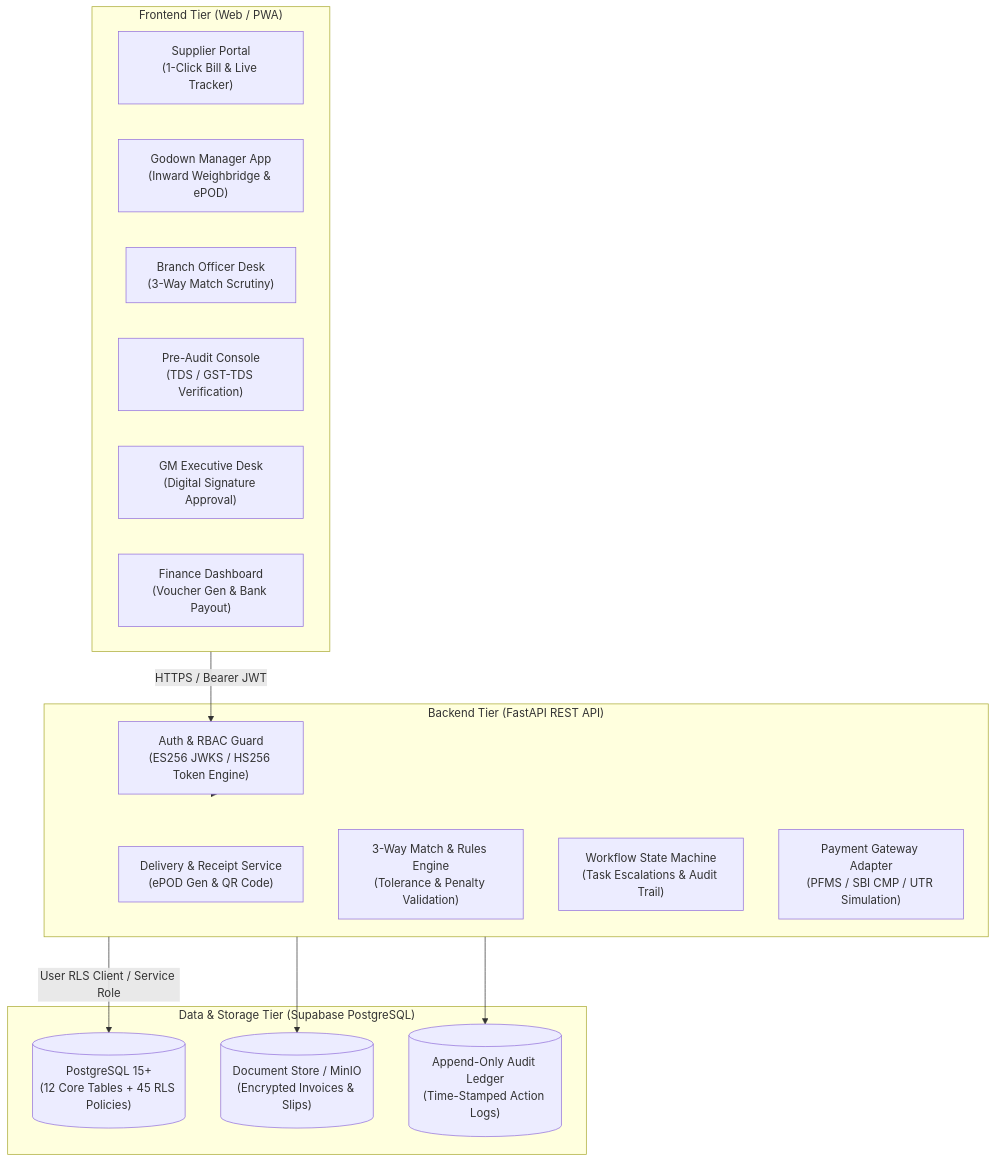
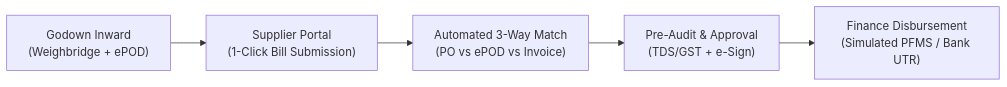
The diagram in README.md (cdivy3154-gif/automated-supplier-and-billing-processing), drawn with Mermaid before and after one commit. The commit also changed other lines of this file, not shown here.

Commit message:
docs: streamline README to focus strictly on project architecture, database, and setup

````diff
--- a/README.md
+++ b/README.md
@@ -43,31 +31,7 @@
 ```mermaid
-flowchart TD
-    subgraph Clients["Frontend Tier (Web / PWA)"]
-        UI_SUP["Supplier Portal\n(1-Click Bill & Live Tracker)"]
-        UI_GDN["Godown Manager App\n(Inward Weighbridge & ePOD)"]
-        UI_BRN["Branch Officer Desk\n(3-Way Match Scrutiny)"]
-        UI_AUD["Pre-Audit Console\n(TDS / GST-TDS Verification)"]
-        UI_GM["GM Executive Desk\n(Digital Signature Approval)"]
-        UI_FIN["Finance Dashboard\n(Voucher Gen & Bank Payout)"]
-    end
-
-    subgraph API["Backend Tier (FastAPI REST API)"]
-        AUTH_SVC["Auth & RBAC Guard\n(ES256 JWKS / HS256 Token Engine)"]
-        EPOD_SVC["Delivery & Receipt Service\n(ePOD Gen & QR Code)"]
-        MATCH_SVC["3-Way Match & Rules Engine\n(Tolerance & Penalty Validation)"]
-        WORKFLOW_SVC["Workflow State Machine\n(Task Escalations & Audit Trail)"]
-        PAY_SVC["Payment Gateway Adapter\n(PFMS / SBI CMP / UTR Simulation)"]
-    end
-
-    subgraph Storage["Data & Storage Tier (Supabase PostgreSQL)"]
-        DB_POSTGRES[("PostgreSQL 15+\n(12 Core Tables + 45 RLS Policies)")]
-        DOC_STORE[("Document Store / MinIO\n(Encrypted Invoices & Slips)")]
-        AUDIT_CHAIN[("Append-Only Audit Ledger\n(Time-Stamped Action Logs)")]
-    end
-
-    Clients -->|HTTPS / Bearer JWT| AUTH_SVC
-    AUTH_SVC --> API
-    API -->|User RLS Client / Service Role| DB_POSTGRES
-    API --> DOC_STORE
-    API --> AUDIT_CHAIN
+flowchart LR
+    A["Godown Inward\n(Weighbridge + ePOD)"] --> B["Supplier Portal\n(1-Click Bill Submission)"]
+    B --> C["Automated 3-Way Match\n(PO vs ePOD vs Invoice)"]
+    C --> D["Pre-Audit & Approval\n(TDS/GST + e-Sign)"]
+    D --> E["Finance Disbursement\n(Simulated PFMS / Bank UTR)"]
 ```
````
